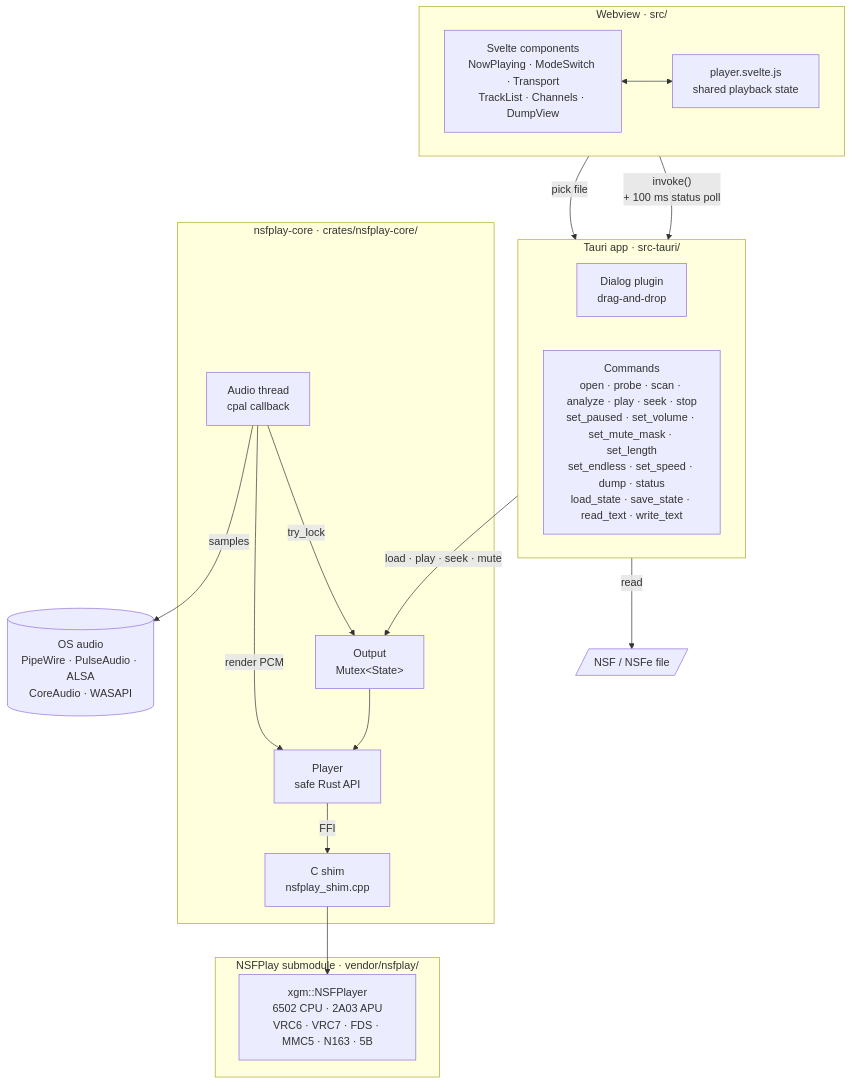
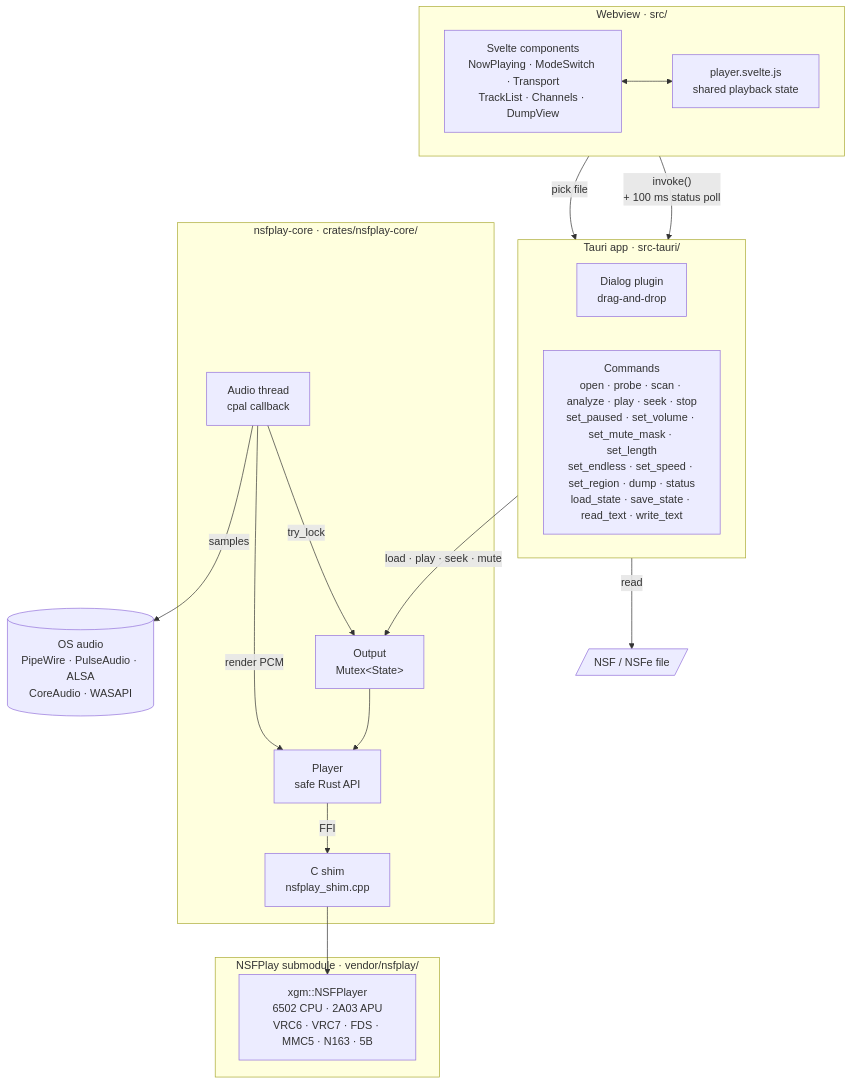
Before and after one commit to doodle0/nsfdeck: the diagram in README.md, drawn with Mermaid. The commit also changed other lines of this file and 12 other files, not shown here.

First line of the commit message:
Add Studio's intro + loop timeline with seeking and a seamless A-B loop

````diff
--- a/README.md
+++ b/README.md
@@ -26,37 +28,37 @@
 ```mermaid
 flowchart TB
     subgraph webview["Webview · src/"]
         direction LR
         ui["Svelte components<br/>NowPlaying · ModeSwitch · Transport<br/>TrackList · Channels · DumpView"] <--> store["player.svelte.js<br/>shared playback state"]
     end
 
     subgraph app["Tauri app · src-tauri/"]
         direction LR
         dialog["Dialog plugin<br/>drag-and-drop"]
-        cmds["Commands<br/>open · probe · scan · analyze · play · seek · stop<br/>set_paused · set_volume · set_mute_mask · set_length<br/>set_endless · set_speed · dump · status<br/>load_state · save_state · read_text · write_text"]
+        cmds["Commands<br/>open · probe · scan · analyze · play · seek · stop<br/>set_paused · set_volume · set_mute_mask · set_length<br/>set_endless · set_speed · set_region · dump · status<br/>load_state · save_state · read_text · write_text"]
     end
 
     subgraph core["nsfplay-core · crates/nsfplay-core/"]
         output["Output<br/>Mutex&lt;State&gt;"]
         audio["Audio thread<br/>cpal callback"]
         player["Player<br/>safe Rust API"]
         shim["C shim<br/>nsfplay_shim.cpp"]
     end
 
     subgraph nsfplay["NSFPlay submodule · vendor/nsfplay/"]
         xgm["xgm::NSFPlayer<br/>6502 CPU · 2A03 APU<br/>VRC6 · VRC7 · FDS · MMC5 · N163 · 5B"]
     end
 
     file[/"NSF / NSFe file"/]
     os[("OS audio<br/>PipeWire · PulseAudio · ALSA<br/>CoreAudio · WASAPI")]
 
     store -- "invoke()<br/>+ 100 ms status poll" --> cmds
     store -- "pick file" --> dialog
     cmds -- "read" --> file
     cmds -- "load · play · seek · mute" --> output
     output --> player
     audio -- "try_lock" --> output
     audio -- "render PCM" --> player
     player -- "FFI" --> shim --> xgm
     audio -- "samples" --> os
 ```
````
